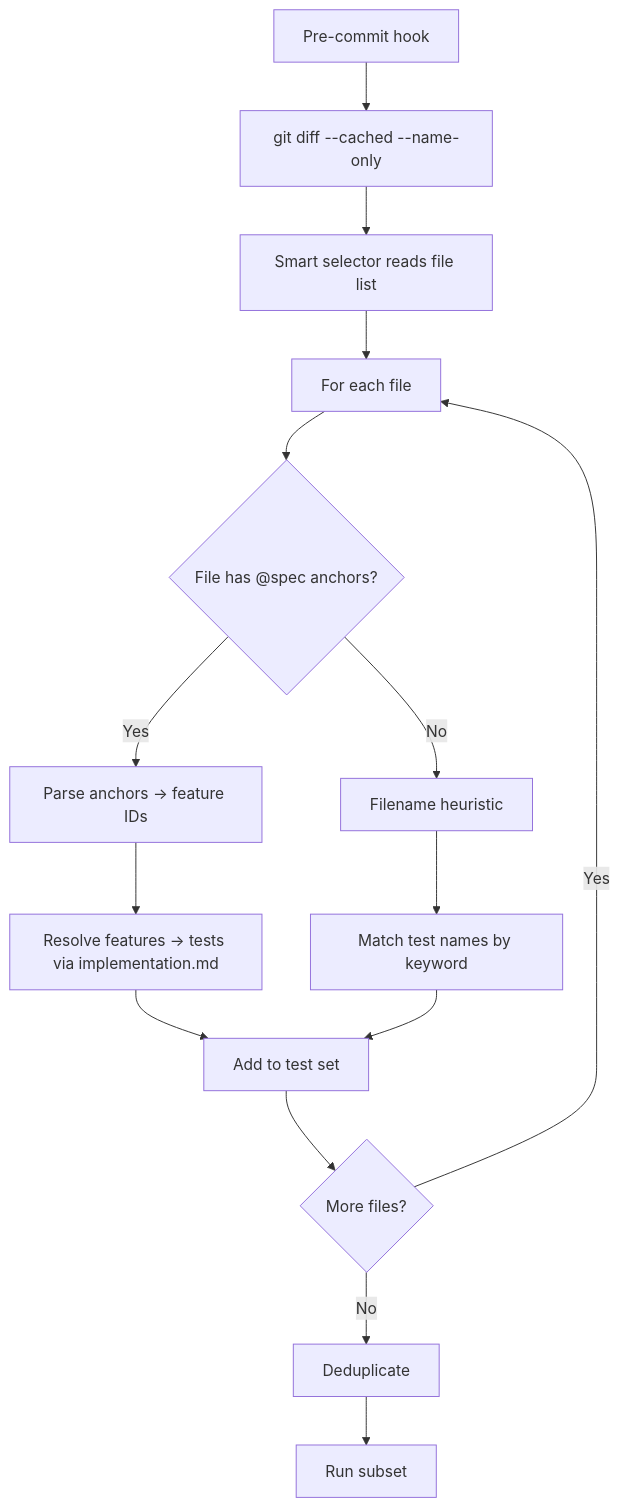
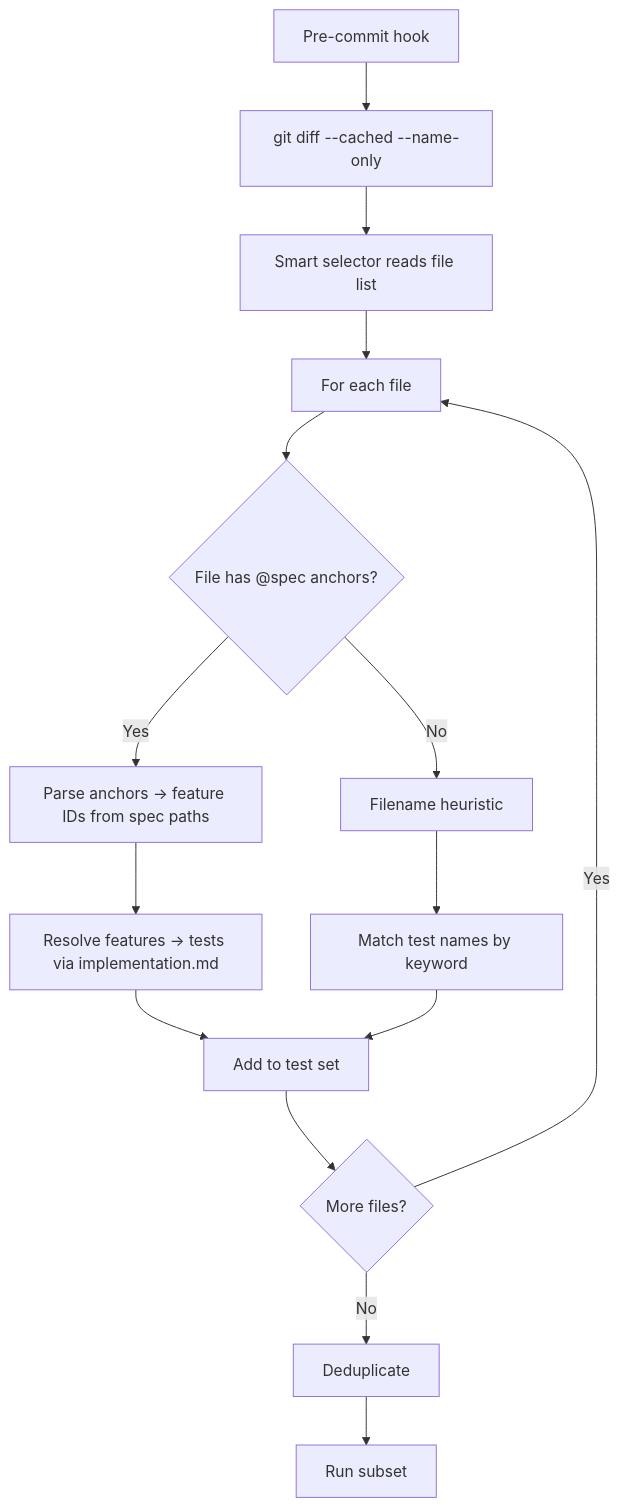
The first of 4 diagrams in .specs/features/033-smart-test-selection/spec.md (julien-m/livespec), drawn with Mermaid before and after one commit. The commit also changed other lines of this file and 17 other files, not shown here.

````diff
--- a/.specs/features/033-smart-test-selection/spec.md
+++ b/.specs/features/033-smart-test-selection/spec.md
@@ -49,17 +57,17 @@
 ```mermaid
 flowchart TD
     A[Pre-commit hook] --> B[git diff --cached --name-only]
     B --> C[Smart selector reads file list]
     C --> D[For each file]
     D --> E{File has @spec anchors?}
-    E -- Yes --> F[Parse anchors → feature IDs]
+    E -- Yes --> F[Parse anchors → feature IDs from spec paths]
     E -- No --> G[Filename heuristic]
     F --> H[Resolve features → tests via implementation.md]
     G --> I[Match test names by keyword]
     H --> J[Add to test set]
     I --> J
     J --> K{More files?}
     K -- Yes --> D
     K -- No --> L[Deduplicate]
     L --> M[Run subset]
 ```
````
